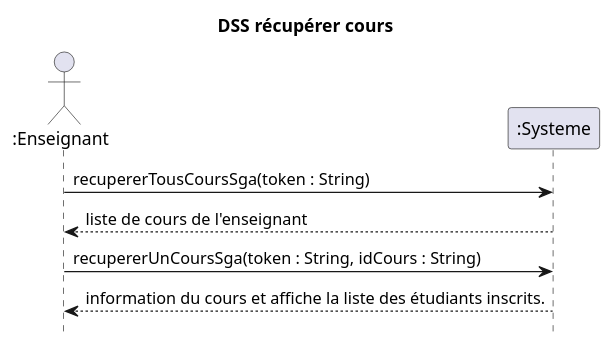
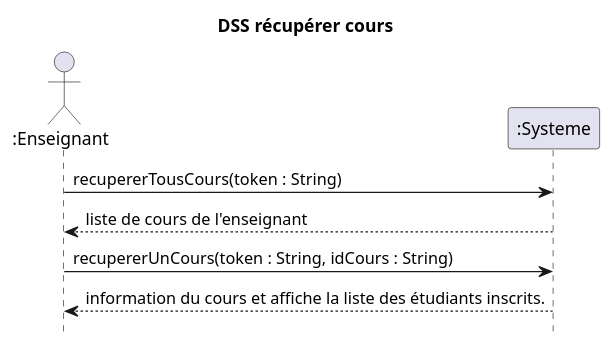
The diagram in docs/Récupérer cours/DSS_Récupérer_cours.puml (nerdz88/SGA-TS), drawn with PlantUML before and after one commit. The commit also changed 13 other files, not shown here.

Commit message:
Diagrammes + codes + tests complété pour cours

```diff
--- a/docs/Récupérer cours/DSS_Récupérer_cours.puml
+++ b/docs/Récupérer cours/DSS_Récupérer_cours.puml
@@ -1,11 +1,11 @@
 @startuml DSS_Récupérer_Cours
 title DSS récupérer cours
 hide footbox
 actor ":Enseignant" as professeur
 participant ":Systeme" as systeme
 
-professeur ->  systeme : recupererTousCoursSga(token : String)
+professeur ->  systeme : recupererTousCours(token : String)
 professeur <-- systeme : liste de cours de l'enseignant
-professeur -> systeme : recupererUnCoursSga(token : String, idCours : String)
+professeur -> systeme : recupererUnCours(token : String, idCours : String)
 professeur <-- systeme : information du cours et affiche la liste des étudiants inscrits.
 @enduml
```
